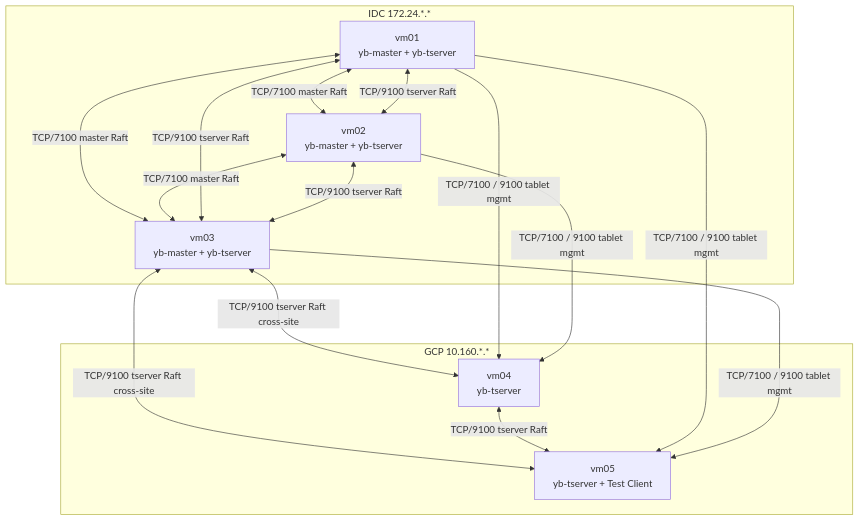
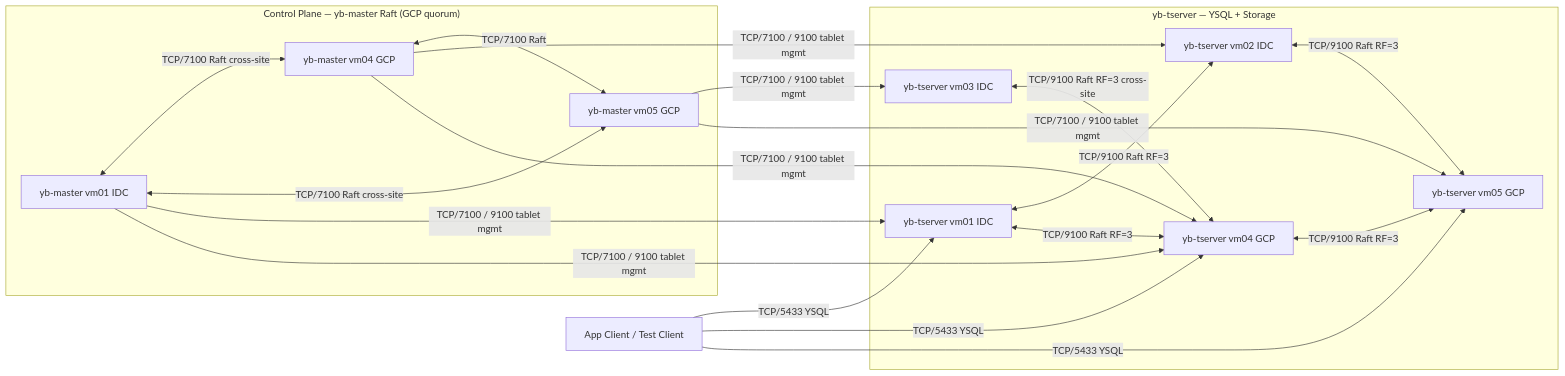
The fourth of 4 diagrams in poc/0_projectFor104/docs/architecture/yugabytedb.md (heavenruler/dba_career), drawn with Mermaid before and after one commit. The commit also changed other lines of this file and 3 other files, not shown here.

````diff
--- a/poc/0_projectFor104/docs/architecture/yugabytedb.md
+++ b/poc/0_projectFor104/docs/architecture/yugabytedb.md
@@ -56,29 +196,39 @@
 ```mermaid
-flowchart TB
-    subgraph IDC[IDC 172.24.*.*]
-        VM1[vm01\nyb-master + yb-tserver]
-        VM2[vm02\nyb-master + yb-tserver]
-        VM3[vm03\nyb-master + yb-tserver]
+flowchart LR
+    C1[App Client / Test Client]
+
+    subgraph MASTER["Control Plane — yb-master Raft (GCP quorum)"]
+        M1[yb-master vm01 IDC]
+        M4[yb-master vm04 GCP]
+        M5[yb-master vm05 GCP]
     end
 
-    subgraph GCP[GCP 10.160.*.*]
-        VM4[vm04\nyb-tserver]
-        VM5[vm05\nyb-tserver + Test Client]
+    subgraph TSERVER[yb-tserver — YSQL + Storage]
+        S1[yb-tserver vm01 IDC]
+        S2[yb-tserver vm02 IDC]
+        S3[yb-tserver vm03 IDC]
+        S4[yb-tserver vm04 GCP]
+        S5[yb-tserver vm05 GCP]
     end
 
-    VM1 <-->|TCP/7100 master Raft| VM2
-    VM1 <-->|TCP/7100 master Raft| VM3
-    VM2 <-->|TCP/7100 master Raft| VM3
+    C1 -->|TCP/5433 YSQL| S1
+    C1 -->|TCP/5433 YSQL| S4
+    C1 -->|TCP/5433 YSQL| S5
 
-    VM1 <-->|TCP/9100 tserver Raft| VM2
-    VM1 <-->|TCP/9100 tserver Raft| VM3
-    VM2 <-->|TCP/9100 tserver Raft| VM3
-    VM3 <-->|TCP/9100 tserver Raft cross-site| VM4
-    VM3 <-->|TCP/9100 tserver Raft cross-site| VM5
-    VM4 <-->|TCP/9100 tserver Raft| VM5
+    M1 <-->|TCP/7100 Raft cross-site| M4
+    M1 <-->|TCP/7100 Raft cross-site| M5
+    M4 <-->|TCP/7100 Raft| M5
 
-    VM1 -->|TCP/7100 / 9100 tablet mgmt| VM4
-    VM1 -->|TCP/7100 / 9100 tablet mgmt| VM5
-    VM2 -->|TCP/7100 / 9100 tablet mgmt| VM4
-    VM3 -->|TCP/7100 / 9100 tablet mgmt| VM5
+    M1 -->|TCP/7100 / 9100 tablet mgmt| S1
+    M1 -->|TCP/7100 / 9100 tablet mgmt| S4
+    M4 -->|TCP/7100 / 9100 tablet mgmt| S2
+    M4 -->|TCP/7100 / 9100 tablet mgmt| S4
+    M5 -->|TCP/7100 / 9100 tablet mgmt| S3
+    M5 -->|TCP/7100 / 9100 tablet mgmt| S5
+
+    S1 <-->|TCP/9100 Raft RF=3| S2
+    S1 <-->|TCP/9100 Raft RF=3| S4
+    S2 <-->|TCP/9100 Raft RF=3| S5
+    S3 <-->|TCP/9100 Raft RF=3 cross-site| S4
+    S4 <-->|TCP/9100 Raft RF=3| S5
 ```
````
